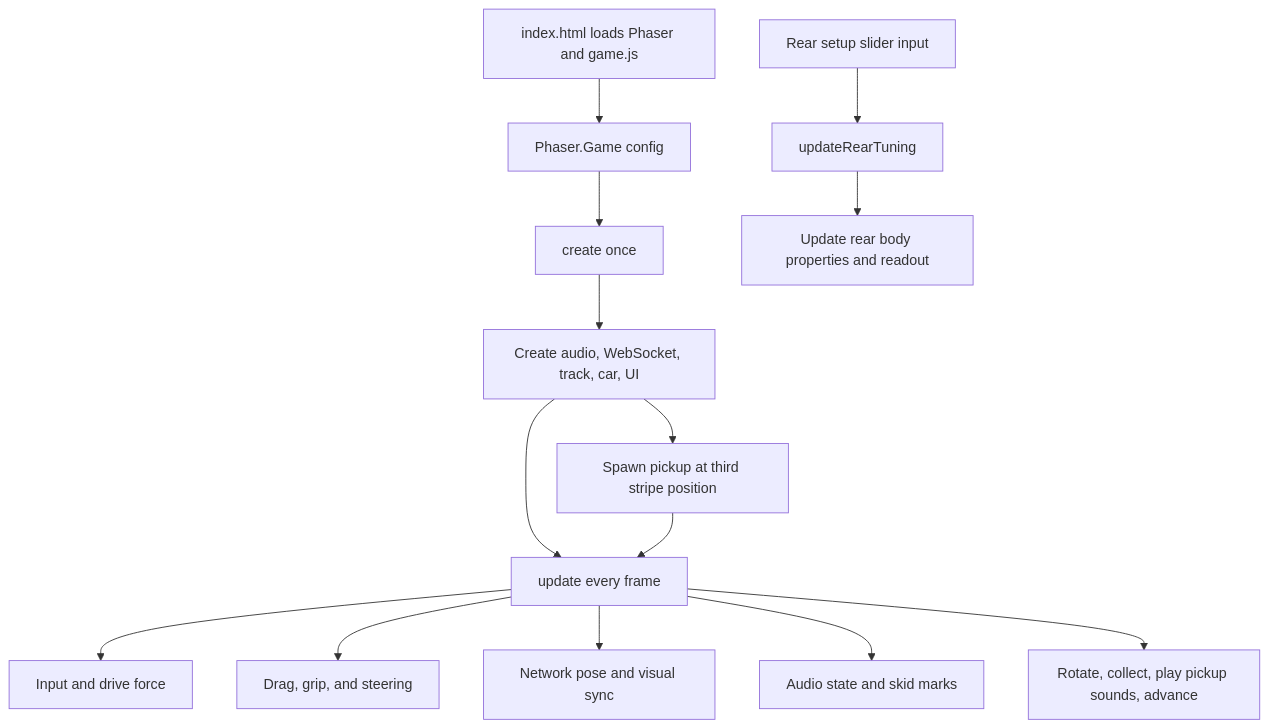
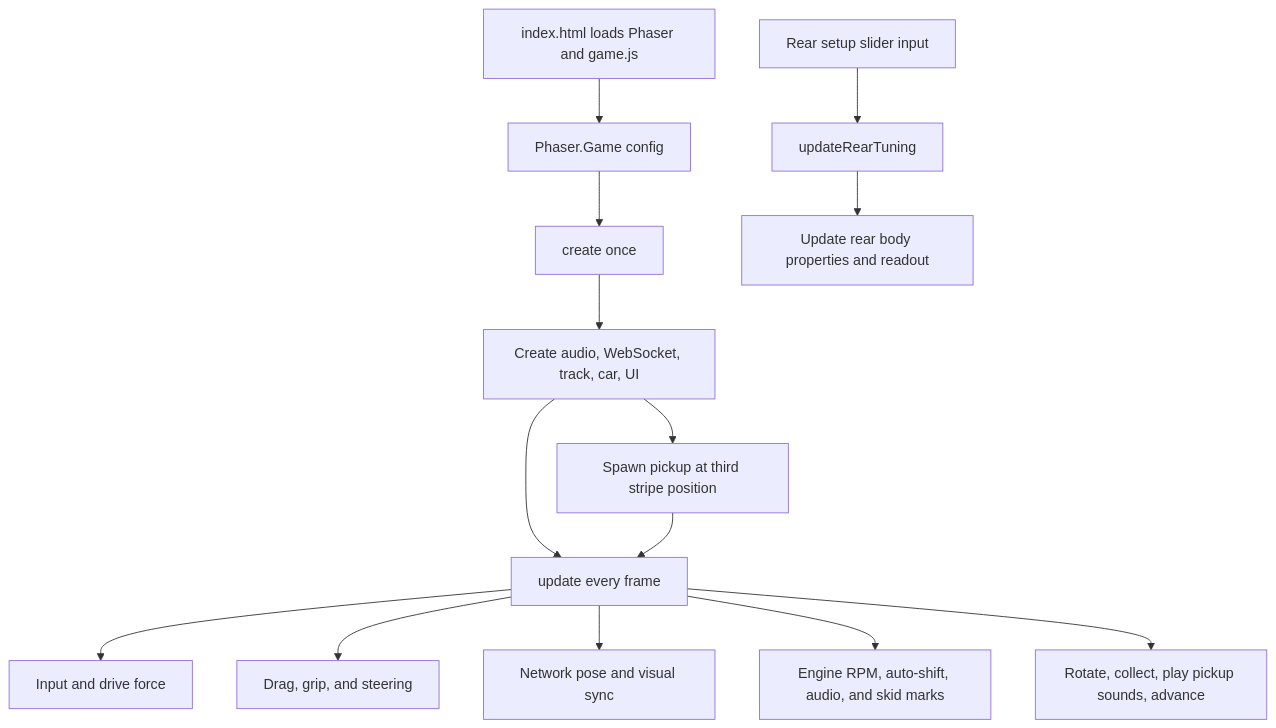
One commit to ivo-a2033/racingonline changed the diagram in ARCH.md. Above: the diagram before and after it, drawn with Mermaid. The commit also changed other lines of this file and 8 other files, not shown here.

````diff
--- a/ARCH.md
+++ b/ARCH.md
@@ -40,16 +41,16 @@
 ```mermaid
 flowchart TD
     A[index.html loads Phaser and game.js] --> B[Phaser.Game config]
     B --> C[create once]
     C --> D[Create audio, WebSocket, track, car, UI]
     D --> E[update every frame]
     D --> M[Spawn pickup at third stripe position]
     M --> E
     E --> F[Input and drive force]
     E --> G[Drag, grip, and steering]
     E --> H[Network pose and visual sync]
-    E --> I[Audio state and skid marks]
+    E --> I[Engine RPM, auto-shift, audio, and skid marks]
     E --> N[Rotate, collect, play pickup sounds, advance]
     J[Rear setup slider input] --> K[updateRearTuning]
     K --> L[Update rear body properties and readout]
 ```
````
